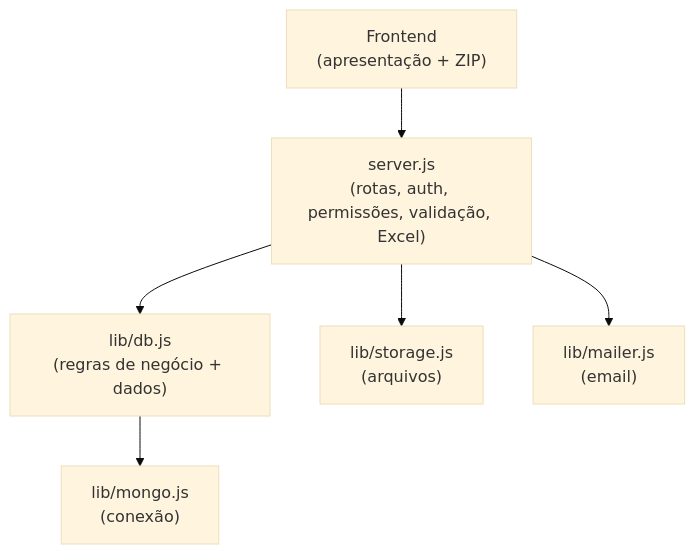
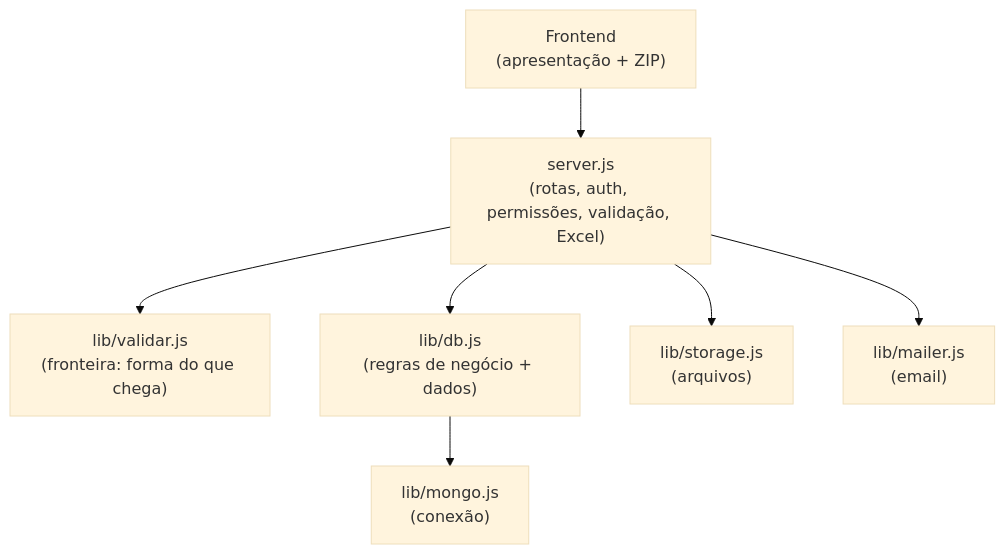
One commit to Vaniteux2006/pdv_memphis changed the second of 2 diagrams in docs/06-uml-componentes.md. Above: the diagram before and after it, drawn with Mermaid (base theme). The commit also changed other lines of this file and 16 other files, not shown here.

````diff
--- a/docs/06-uml-componentes.md
+++ b/docs/06-uml-componentes.md
@@ -79,8 +91,9 @@
 ```mermaid
 flowchart TD
   F["Frontend<br/>(apresentação + ZIP)"] --> SV["server.js<br/>(rotas, auth, permissões, validação, Excel)"]
+  SV --> VL["lib/validar.js<br/>(fronteira: forma do que chega)"]
   SV --> DB["lib/db.js<br/>(regras de negócio + dados)"]
   SV --> ST["lib/storage.js<br/>(arquivos)"]
   SV --> ML["lib/mailer.js<br/>(email)"]
   DB --> MG["lib/mongo.js<br/>(conexão)"]
 ```
````
